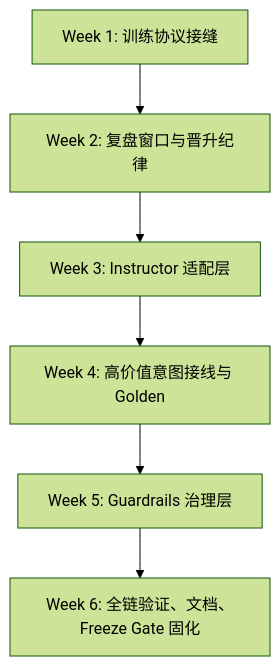
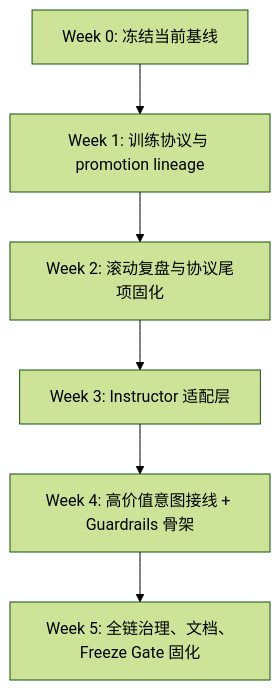
The diagram in docs/plans/V1_1_IMPLEMENTATION_BLUEPRINT_20260314.md (stephenxie990-blip/invest-evolution), drawn with Mermaid (forest theme) before and after one commit. The commit also changed other lines of this file and 80 other files, not shown here.

````diff
--- a/docs/plans/V1_1_IMPLEMENTATION_BLUEPRINT_20260314.md
+++ b/docs/plans/V1_1_IMPLEMENTATION_BLUEPRINT_20260314.md
@@ -54,8 +80,8 @@
 ```mermaid
 flowchart TD
-    A["Week 1: 训练协议接缝"] --> B["Week 2: 复盘窗口与晋升纪律"]
-    B --> C["Week 3: Instructor 适配层"]
-    C --> D["Week 4: 高价值意图接线与 Golden"]
-    D --> E["Week 5: Guardrails 治理层"]
-    E --> F["Week 6: 全链验证、文档、Freeze Gate 固化"]
+    A["Week 0: 冻结当前基线"] --> B["Week 1: 训练协议与 promotion lineage"]
+    B --> C["Week 2: 滚动复盘与协议尾项固化"]
+    C --> D["Week 3: Instructor 适配层"]
+    D --> E["Week 4: 高价值意图接线 + Guardrails 骨架"]
+    E --> F["Week 5: 全链治理、文档、Freeze Gate 固化"]
 ```
````
